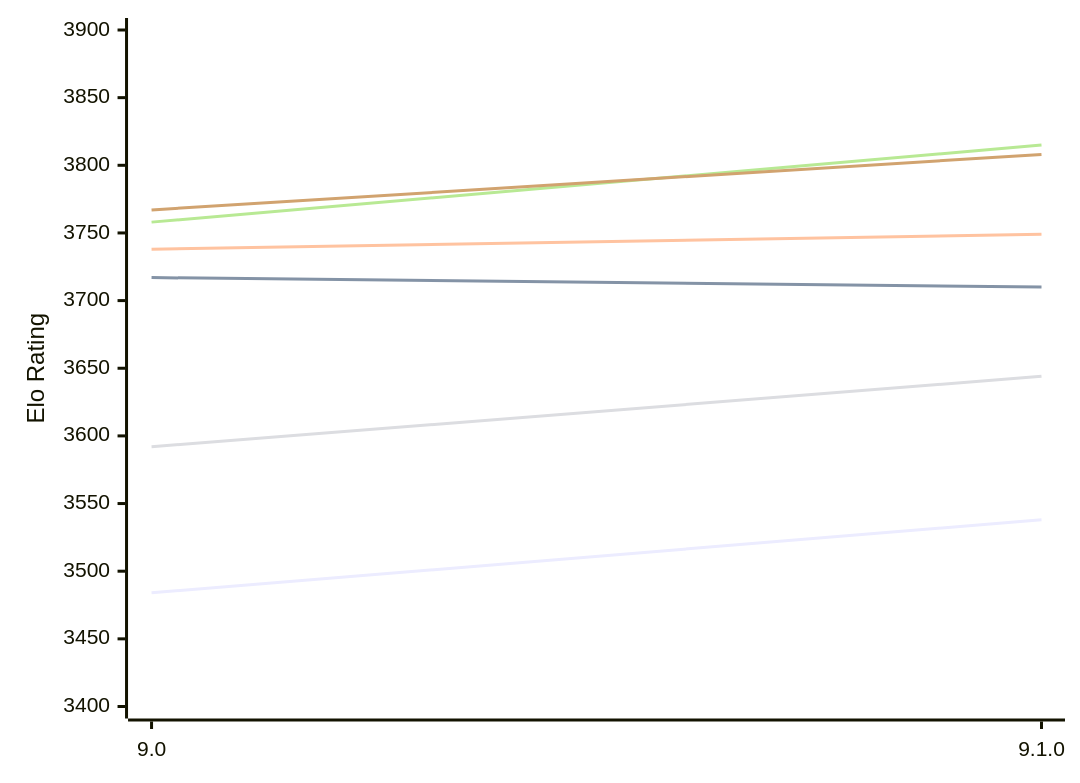
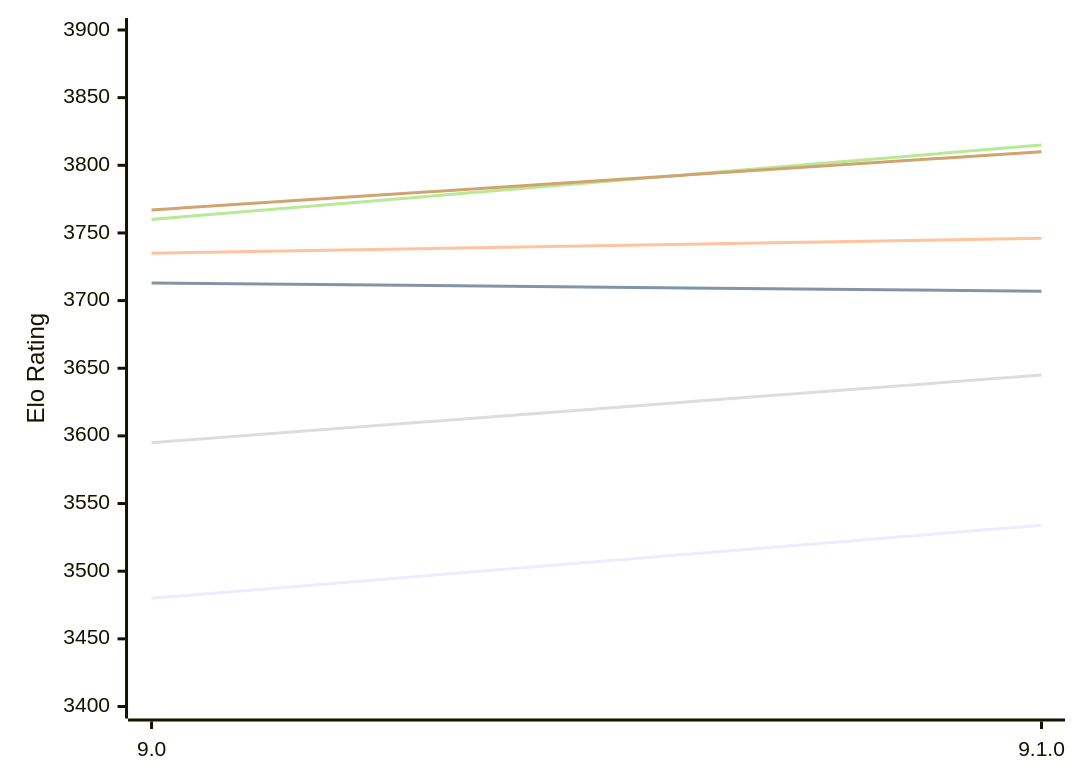
The first of 2 diagrams in engines/Alexandria.md (computer-chess-index/cci), drawn with Mermaid before and after one commit. The commit also changed other lines of this file, not shown here.

Commit message:
Update CCI Ratings (ELO VLTC) - 2026-11-09

````diff
--- a/engines/Alexandria.md
+++ b/engines/Alexandria.md
@@ -54,12 +54,12 @@
 ```mermaid
 %%{init: {"theme":"base","themeVariables":{"seriesColors:['#a3a3a3','#222221','#faa371']}}}%%
 xychart-beta
   x-axis ["9.0", "9.1.0"]
   y-axis "Elo Rating" 3400 --> 3900
-  line "E1: STC (8.0+0.08s)" [3484, 3538]
-  line "E1: LTC (60.0+0.60s)" [3717, 3710]
-  line "E1: VLTC (2m24s+1.12s)" [3738, 3749]
-  line "P1: STC (8.0+0.08s)" [3592, 3644]
-  line "P1: LTC (60.0+0.60s)" [3758, 3815]
-  line "P1: VLTC (2m24s+1.12s)" [3767, 3808]
+  line "E1: STC (8.0+0.08s)" [3480, 3534]
+  line "E1: LTC (60.0+0.60s)" [3713, 3707]
+  line "E1: VLTC (2m24s+1.12s)" [3735, 3746]
+  line "P1: STC (8.0+0.08s)" [3595, 3645]
+  line "P1: LTC (60.0+0.60s)" [3760, 3815]
+  line "P1: VLTC (2m24s+1.12s)" [3767, 3810]
 ```
````
